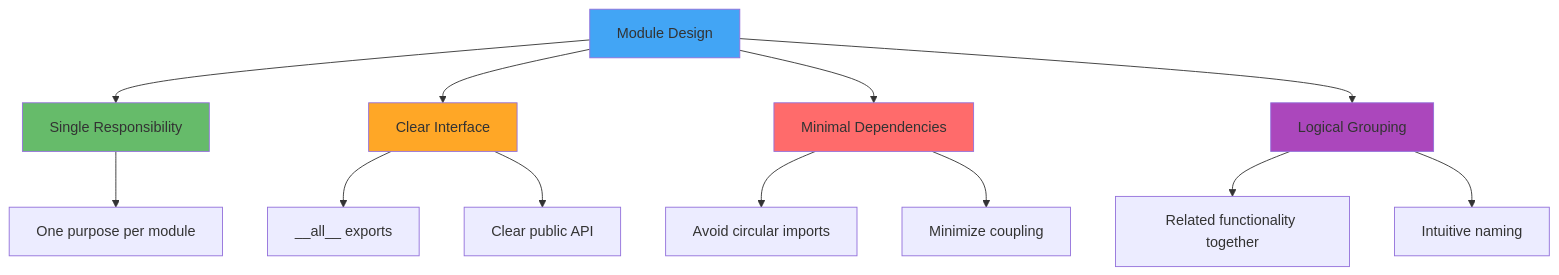
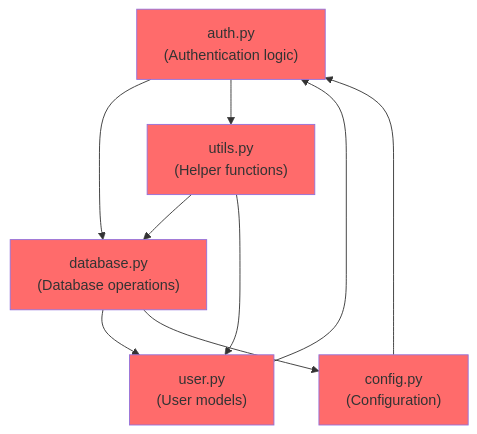
The first of 2 diagrams in python-packaging-and-best-practices/sections/07-module-subpackage-design.md (d2207197/slides-and-docs), drawn with Mermaid before and after one commit. The commit also changed other lines of this file and 2 other files, not shown here.

First line of the commit message:
Complete Section 07: Module & Subpackage Design

````diff
--- a/python-packaging-and-best-practices/sections/07-module-subpackage-design.md
+++ b/python-packaging-and-best-practices/sections/07-module-subpackage-design.md
@@ -9,21 +150,17 @@
 ```mermaid
 graph TD
-    A[Module Design] --> B[Single Responsibility]
-    A --> C[Clear Interface]
-    A --> D[Minimal Dependencies]
-    A --> E[Logical Grouping]
-
-    B --> B1[One purpose per module]
-    C --> C1[__all__ exports]
-    C --> C2[Clear public API]
-    D --> D1[Avoid circular imports]
-    D --> D2[Minimize coupling]
-    E --> E1[Related functionality together]
-    E --> E2[Intuitive naming]
-
-    style A fill:#42a5f5
-    style B fill:#66bb6a
-    style C fill:#ffa726
+    A["auth.py<br/>(Authentication logic)"] --> B["database.py<br/>(Database operations)"]
+    B --> C["user.py<br/>(User models)"]
+    C --> A
+    A --> D["utils.py<br/>(Helper functions)"]
+    D --> B
+    B --> E["config.py<br/>(Configuration)"]
+    E --> A
+    D --> C
+    
+    style A fill:#ff6b6b
+    style B fill:#ff6b6b
+    style C fill:#ff6b6b
     style D fill:#ff6b6b
-    style E fill:#ab47bc
+    style E fill:#ff6b6b
 ```
````
